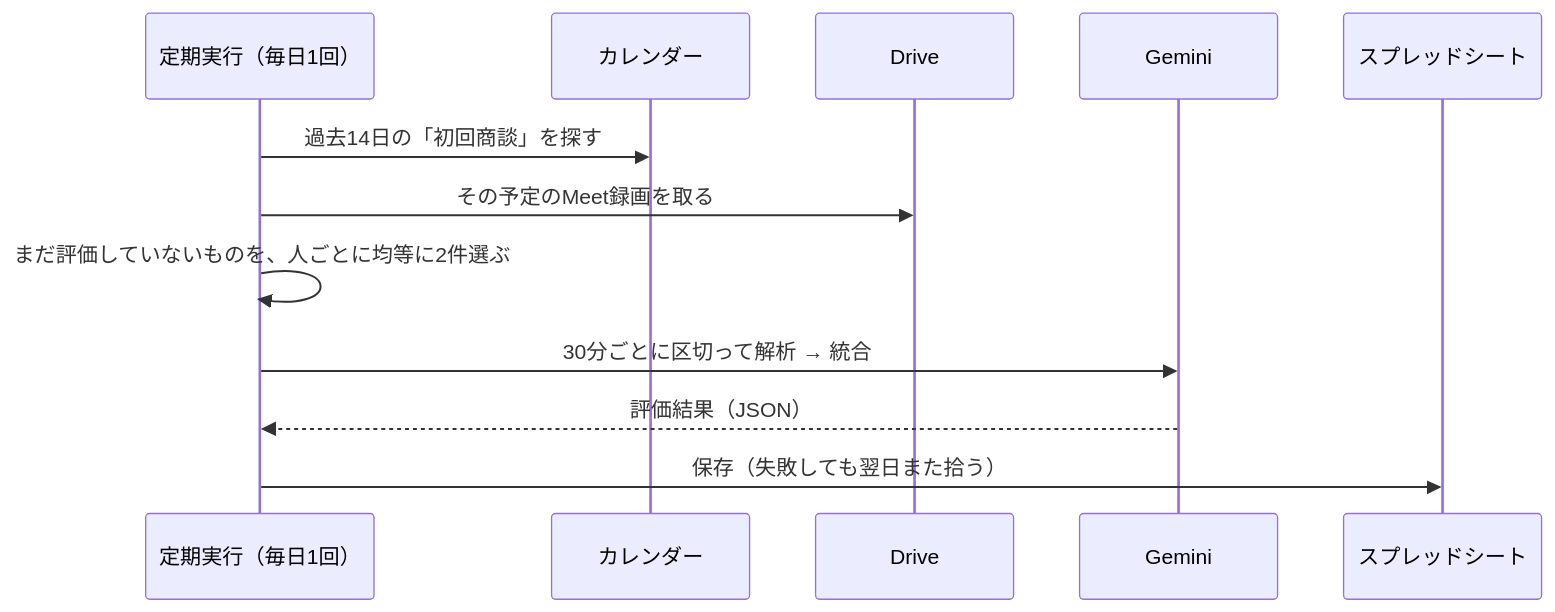
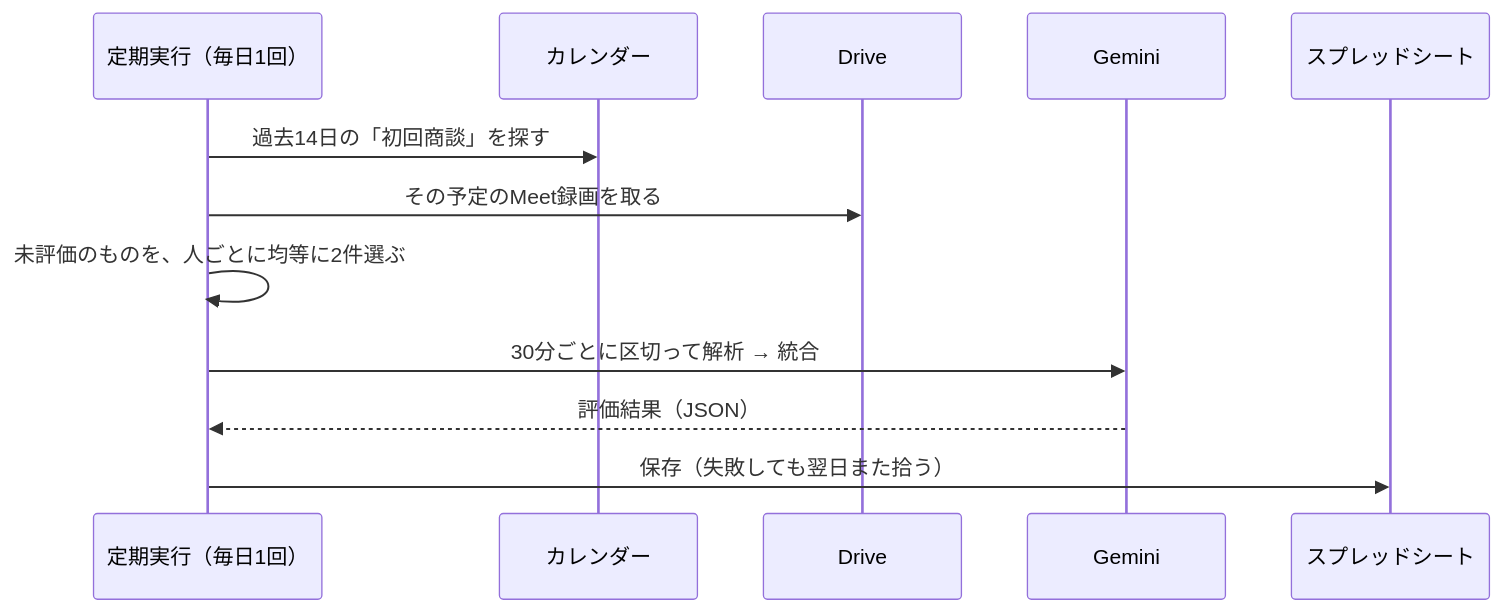
The fourth of 4 diagrams in docs/SYSTEM_DESIGN.md (LTSplanner/talknot), drawn with Mermaid before and after one commit. The commit also changed other lines of this file and 1 other file, not shown here.

````diff
--- a/docs/SYSTEM_DESIGN.md
+++ b/docs/SYSTEM_DESIGN.md
@@ -240,15 +501,15 @@
 ```mermaid
 sequenceDiagram
     participant GA as 定期実行（毎日1回）
     participant CAL as カレンダー
     participant DRIVE as Drive
     participant AI as Gemini
     participant SHEET as スプレッドシート
 
     GA->>CAL: 過去14日の「初回商談」を探す
     GA->>DRIVE: その予定のMeet録画を取る
-    GA->>GA: まだ評価していないものを、人ごとに均等に2件選ぶ
+    GA->>GA: 未評価のものを、人ごとに均等に2件選ぶ
     GA->>AI: 30分ごとに区切って解析 → 統合
     AI-->>GA: 評価結果（JSON）
     GA->>SHEET: 保存（失敗しても翌日また拾う）
 ```
````
